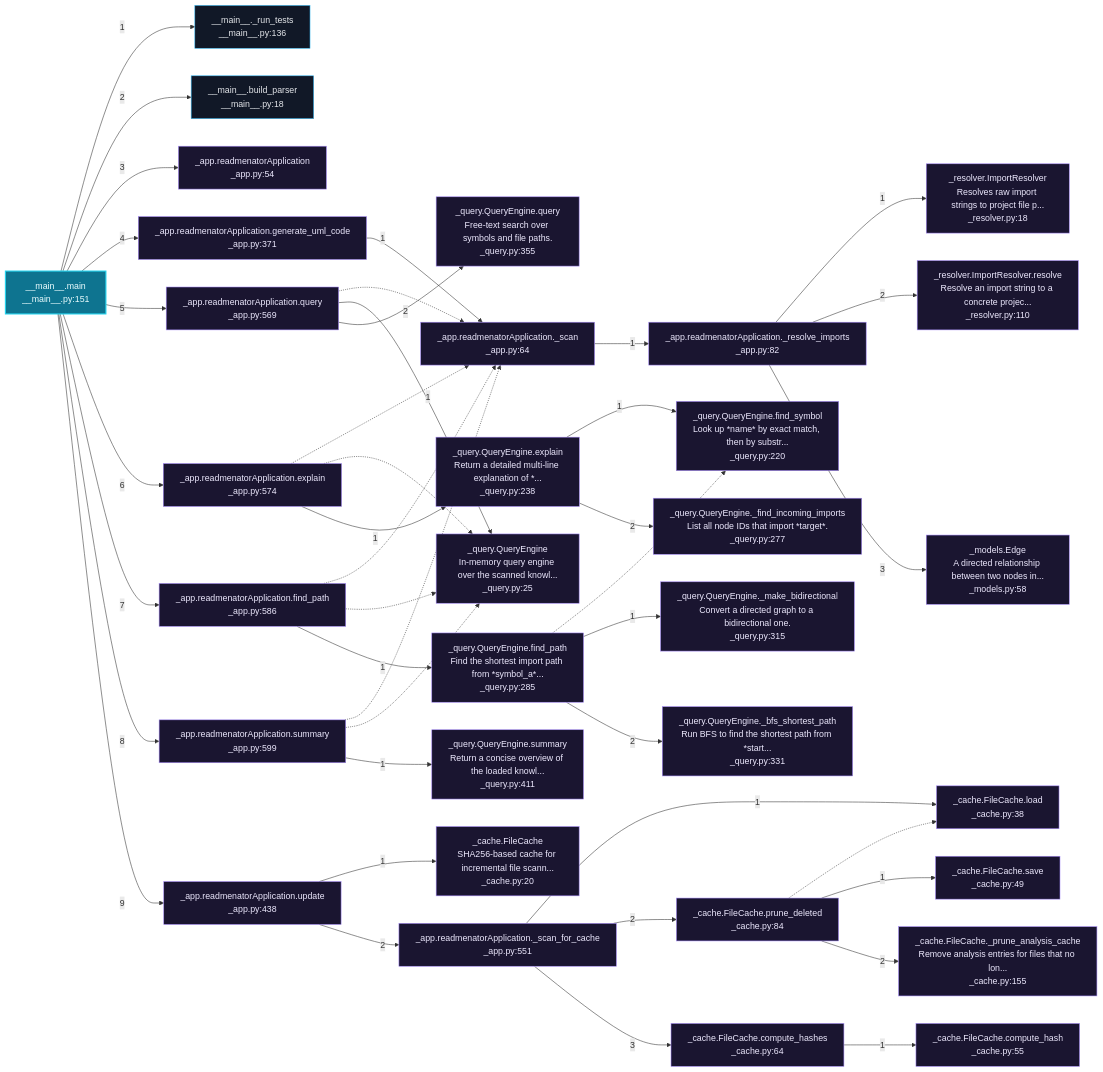
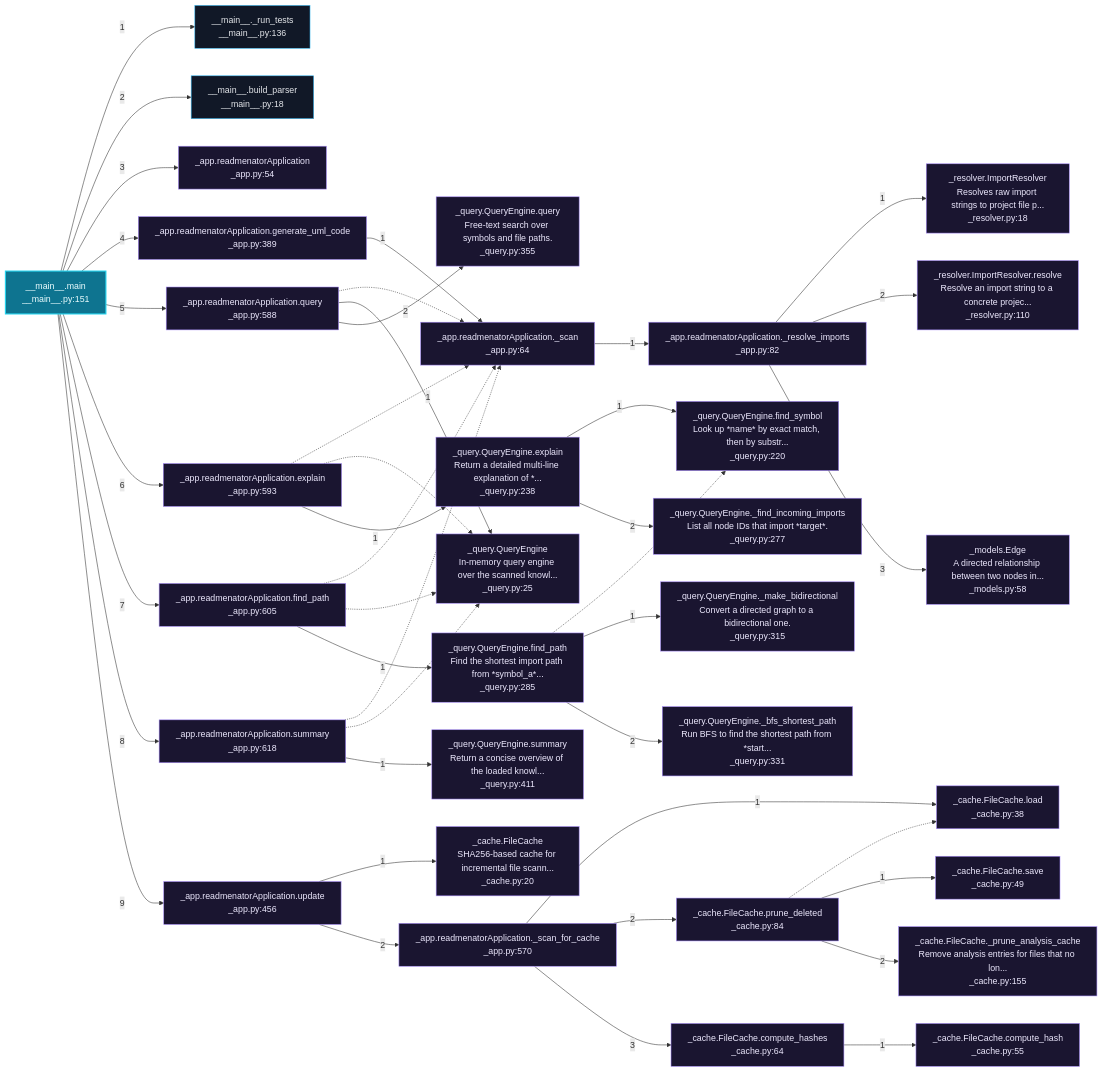
One commit to grisuno/ReadMenator changed the third of 7 diagrams in readmenator-apidocs/architecture.md. Above: the diagram before and after it, drawn with Mermaid. The commit also changed other lines of this file and 225 other files, not shown here.

````diff
--- a/readmenator-apidocs/architecture.md
+++ b/readmenator-apidocs/architecture.md
@@ -443,78 +444,78 @@
 ```mermaid
 flowchart LR
     classDef default fill:#111827,stroke:#38bdf8,color:#e5e7eb;
     classDef entry fill:#0e7490,stroke:#22d3ee,color:#ecfeff,stroke-width:2px;
     classDef external fill:#1a1530,stroke:#a78bfa,color:#ede9fe;
     n_readmenator___main___py__main["__main__.main<br/>__main__.py:151"]:::entry
     n_readmenator___main___py___run_tests["__main__._run_tests<br/>__main__.py:136"]:::default
     n_readmenator___main___py__build_parser["__main__.build_parser<br/>__main__.py:18"]:::default
     n_readmenator__app_py__readmenatorApplication["_app.readmenatorApplication<br/>_app.py:54"]:::external
-    n_readmenator__app_py__generate_uml_code["_app.readmenatorApplication.generate_uml_code<br/>_app.py:371"]:::external
+    n_readmenator__app_py__generate_uml_code["_app.readmenatorApplication.generate_uml_code<br/>_app.py:389"]:::external
     n_readmenator__app_py___scan["_app.readmenatorApplication._scan<br/>_app.py:64"]:::external
     n_readmenator__app_py___resolve_imports["_app.readmenatorApplication._resolve_imports<br/>_app.py:82"]:::external
     n_readmenator__resolver_py__ImportResolver["_resolver.ImportResolver<br/>Resolves raw import strings to project file p...<br/>_resolver.py:18"]:::external
     n_readmenator__resolver_py__resolve["_resolver.ImportResolver.resolve<br/>Resolve an import string to a concrete projec...<br/>_resolver.py:110"]:::external
     n_readmenator__models_py__Edge["_models.Edge<br/>A directed relationship between two nodes in...<br/>_models.py:58"]:::external
-    n_readmenator__app_py__query["_app.readmenatorApplication.query<br/>_app.py:569"]:::external
+    n_readmenator__app_py__query["_app.readmenatorApplication.query<br/>_app.py:588"]:::external
     n_readmenator__query_py__QueryEngine["_query.QueryEngine<br/>In-memory query engine over the scanned knowl...<br/>_query.py:25"]:::external
     n_readmenator__query_py__query["_query.QueryEngine.query<br/>Free-text search over symbols and file paths.<br/>_query.py:355"]:::external
-    n_readmenator__app_py__explain["_app.readmenatorApplication.explain<br/>_app.py:574"]:::external
+    n_readmenator__app_py__explain["_app.readmenatorApplication.explain<br/>_app.py:593"]:::external
     n_readmenator__query_py__explain["_query.QueryEngine.explain<br/>Return a detailed multi-line explanation of *...<br/>_query.py:238"]:::external
     n_readmenator__query_py__find_symbol["_query.QueryEngine.find_symbol<br/>Look up *name* by exact match, then by substr...<br/>_query.py:220"]:::external
     n_readmenator__query_py___find_incoming_imports["_query.QueryEngine._find_incoming_imports<br/>List all node IDs that import *target*.<br/>_query.py:277"]:::external
-    n_readmenator__app_py__find_path["_app.readmenatorApplication.find_path<br/>_app.py:586"]:::external
+    n_readmenator__app_py__find_path["_app.readmenatorApplication.find_path<br/>_app.py:605"]:::external
     n_readmenator__query_py__find_path["_query.QueryEngine.find_path<br/>Find the shortest import path from *symbol_a*...<br/>_query.py:285"]:::external
     n_readmenator__query_py___make_bidirectional["_query.QueryEngine._make_bidirectional<br/>Convert a directed graph to a bidirectional one.<br/>_query.py:315"]:::external
     n_readmenator__query_py___bfs_shortest_path["_query.QueryEngine._bfs_shortest_path<br/>Run BFS to find the shortest path from *start...<br/>_query.py:331"]:::external
-    n_readmenator__app_py__summary["_app.readmenatorApplication.summary<br/>_app.py:599"]:::external
+    n_readmenator__app_py__summary["_app.readmenatorApplication.summary<br/>_app.py:618"]:::external
     n_readmenator__query_py__summary["_query.QueryEngine.summary<br/>Return a concise overview of the loaded knowl...<br/>_query.py:411"]:::external
-    n_readmenator__app_py__update["_app.readmenatorApplication.update<br/>_app.py:438"]:::external
+    n_readmenator__app_py__update["_app.readmenatorApplication.update<br/>_app.py:456"]:::external
     n_readmenator__cache_py__FileCache["_cache.FileCache<br/>SHA256-based cache for incremental file scann...<br/>_cache.py:20"]:::external
-    n_readmenator__app_py___scan_for_cache["_app.readmenatorApplication._scan_for_cache<br/>_app.py:551"]:::external
+    n_readmenator__app_py___scan_for_cache["_app.readmenatorApplication._scan_for_cache<br/>_app.py:570"]:::external
     n_readmenator__cache_py__load["_cache.FileCache.load<br/>_cache.py:38"]:::external
     n_readmenator__cache_py__prune_deleted["_cache.FileCache.prune_deleted<br/>_cache.py:84"]:::external
     n_readmenator__cache_py__save["_cache.FileCache.save<br/>_cache.py:49"]:::external
     n_readmenator__cache_py___prune_analysis_cache["_cache.FileCache._prune_analysis_cache<br/>Remove analysis entries for files that no lon...<br/>_cache.py:155"]:::external
     n_readmenator__cache_py__compute_hashes["_cache.FileCache.compute_hashes<br/>_cache.py:64"]:::external
     n_readmenator__cache_py__compute_hash["_cache.FileCache.compute_hash<br/>_cache.py:55"]:::external
     n_readmenator___main___py__main -->|"1"| n_readmenator___main___py___run_tests
     n_readmenator___main___py__main -->|"2"| n_readmenator___main___py__build_parser
     n_readmenator___main___py__main -->|"3"| n_readmenator__app_py__readmenatorApplication
     n_readmenator___main___py__main -->|"4"| n_readmenator__app_py__generate_uml_code
     n_readmenator__app_py__generate_uml_code -->|"1"| n_readmenator__app_py___scan
     n_readmenator__app_py___scan -->|"1"| n_readmenator__app_py___resolve_imports
     n_readmenator__app_py___resolve_imports -->|"1"| n_readmenator__resolver_py__ImportResolver
     n_readmenator__app_py___resolve_imports -->|"2"| n_readmenator__resolver_py__resolve
     n_readmenator__app_py___resolve_imports -->|"3"| n_readmenator__models_py__Edge
     n_readmenator___main___py__main -->|"5"| n_readmenator__app_py__query
     n_readmenator__app_py__query -.-> n_readmenator__app_py___scan
     n_readmenator__app_py__query -->|"1"| n_readmenator__query_py__QueryEngine
     n_readmenator__app_py__query -->|"2"| n_readmenator__query_py__query
     n_readmenator___main___py__main -->|"6"| n_readmenator__app_py__explain
     n_readmenator__app_py__explain -.-> n_readmenator__app_py___scan
     n_readmenator__app_py__explain -.-> n_readmenator__query_py__QueryEngine
     n_readmenator__app_py__explain -->|"1"| n_readmenator__query_py__explain
     n_readmenator__query_py__explain -->|"1"| n_readmenator__query_py__find_symbol
     n_readmenator__query_py__explain -->|"2"| n_readmenator__query_py___find_incoming_imports
     n_readmenator___main___py__main -->|"7"| n_readmenator__app_py__find_path
     n_readmenator__app_py__find_path -.-> n_readmenator__app_py___scan
     n_readmenator__app_py__find_path -.-> n_readmenator__query_py__QueryEngine
     n_readmenator__app_py__find_path -->|"1"| n_readmenator__query_py__find_path
     n_readmenator__query_py__find_path -.-> n_readmenator__query_py__find_symbol
     n_readmenator__query_py__find_path -->|"1"| n_readmenator__query_py___make_bidirectional
     n_readmenator__query_py__find_path -->|"2"| n_readmenator__query_py___bfs_shortest_path
     n_readmenator___main___py__main -->|"8"| n_readmenator__app_py__summary
     n_readmenator__app_py__summary -.-> n_readmenator__app_py___scan
     n_readmenator__app_py__summary -.-> n_readmenator__query_py__QueryEngine
     n_readmenator__app_py__summary -->|"1"| n_readmenator__query_py__summary
     n_readmenator___main___py__main -->|"9"| n_readmenator__app_py__update
     n_readmenator__app_py__update -->|"1"| n_readmenator__cache_py__FileCache
     n_readmenator__app_py__update -->|"2"| n_readmenator__app_py___scan_for_cache
     n_readmenator__app_py___scan_for_cache -->|"1"| n_readmenator__cache_py__load
     n_readmenator__app_py___scan_for_cache -->|"2"| n_readmenator__cache_py__prune_deleted
     n_readmenator__cache_py__prune_deleted -.-> n_readmenator__cache_py__load
     n_readmenator__cache_py__prune_deleted -->|"1"| n_readmenator__cache_py__save
     n_readmenator__cache_py__prune_deleted -->|"2"| n_readmenator__cache_py___prune_analysis_cache
     n_readmenator__app_py___scan_for_cache -->|"3"| n_readmenator__cache_py__compute_hashes
     n_readmenator__cache_py__compute_hashes -->|"1"| n_readmenator__cache_py__compute_hash
 ```
````
